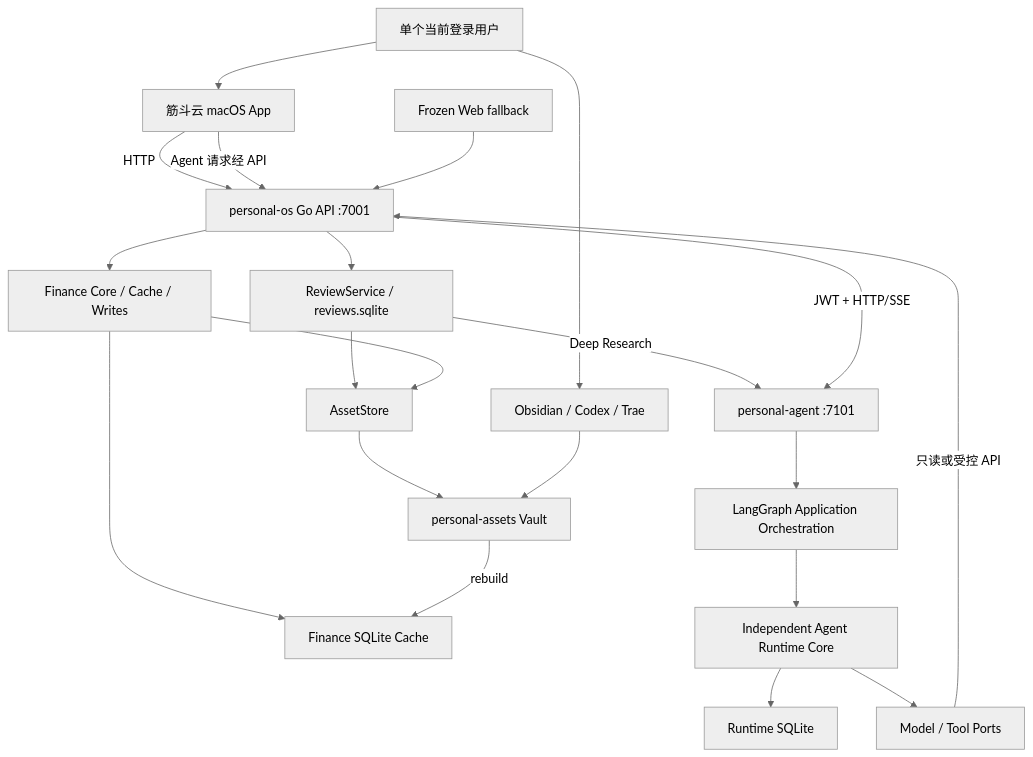
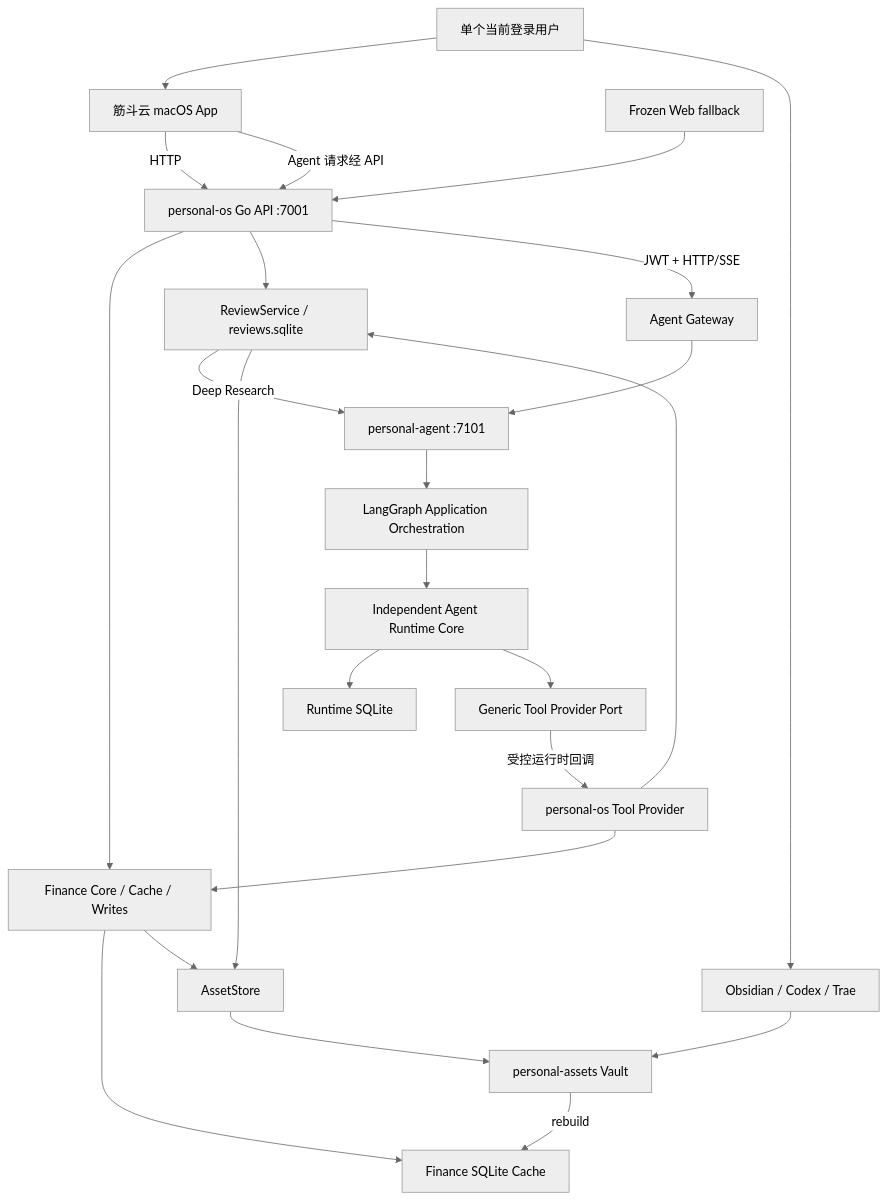
One commit to walker-qiang/personal-system changed the diagram in docs/personal-system-design.md. Above: the diagram before and after it, drawn with Mermaid (neutral theme). The commit also changed other lines of this file, not shown here.

Commit message:
docs: align personal system architecture boundaries

````diff
--- a/docs/personal-system-design.md
+++ b/docs/personal-system-design.md
@@ -186,27 +209,30 @@
 ```mermaid
 flowchart TD
     U["单个当前登录用户"] --> MAC["筋斗云 macOS App"]
     U --> OBS["Obsidian / Codex / Trae"]
 
     MAC -->|"HTTP"| API["personal-os Go API :7001"]
     MAC -->|"Agent 请求经 API"| API
     WEB["Frozen Web fallback"] --> API
 
     API --> FC["Finance Core / Cache / Writes"]
     API --> REVIEW["ReviewService / reviews.sqlite"]
     REVIEW -->|"Deep Research"| AGENT
     REVIEW --> AS
     FC --> FDB["Finance SQLite Cache"]
     FC --> AS["AssetStore"]
     AS --> VAULT["personal-assets Vault"]
 
-    API -->|"JWT + HTTP/SSE"| AGENT["personal-agent :7101"]
+    API -->|"JWT + HTTP/SSE"| GATEWAY["Agent Gateway"]
+    GATEWAY --> AGENT["personal-agent :7101"]
     AGENT --> LG["LangGraph Application Orchestration"]
     LG --> RT["Independent Agent Runtime Core"]
     RT --> RS["Runtime SQLite"]
-    RT --> TOOLS["Model / Tool Ports"]
-    TOOLS -->|"只读或受控 API"| API
+    RT --> TOOLS["Generic Tool Provider Port"]
+    TOOLS -->|"受控运行时回调"| TP["personal-os Tool Provider"]
+    TP --> FC
+    TP --> REVIEW
 
     OBS --> VAULT
     VAULT -->|"rebuild"| FDB
 ```
````
